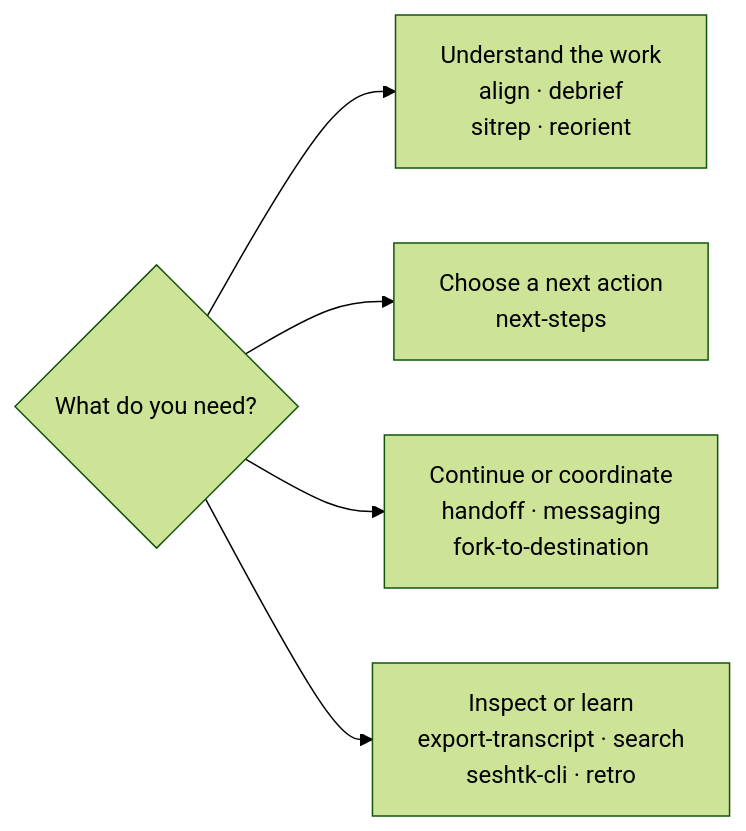
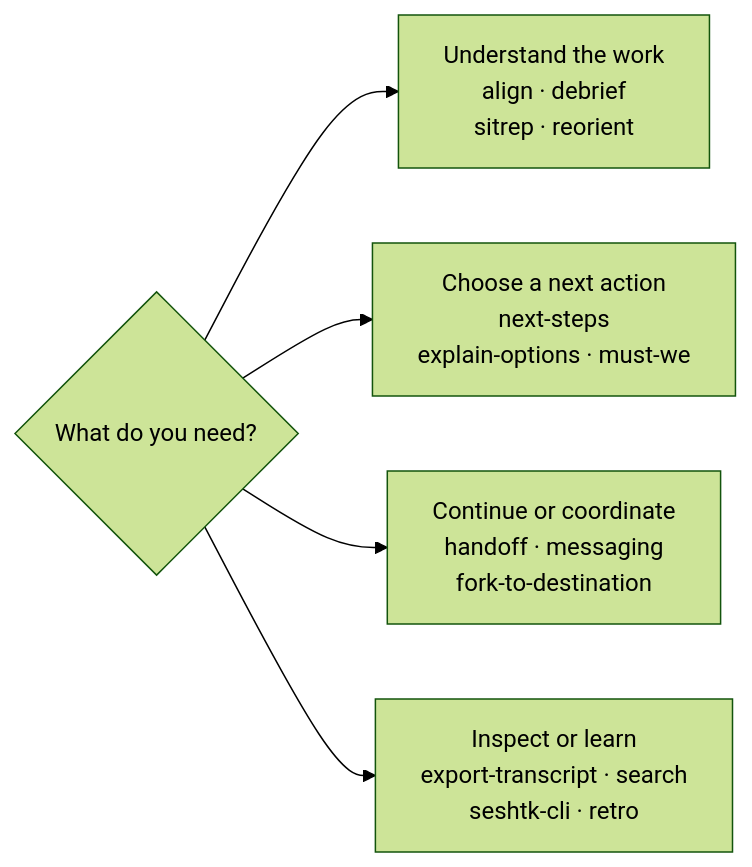
One commit to tkstang/skills changed the diagram in documentation/docs/user-guide/plugins/session/index.md. Above: the diagram before and after it, drawn with Mermaid (forest theme). The commit also changed other lines of this file and 28 other files, not shown here.

````diff
--- a/documentation/docs/user-guide/plugins/session/index.md
+++ b/documentation/docs/user-guide/plugins/session/index.md
@@ -15,14 +15,14 @@
 ```mermaid
 flowchart LR
   accTitle: Choose a Session skill by intent
-  accDescr: Four independent choices group Session skills by need. Understand the work with align, debrief, sitrep, or reorient. Choose a next action with next-steps. Continue or coordinate with handoff, messaging, or fork-to-destination. Inspect or learn with export-transcript, search, seshtk-cli, or retro. The groups are choices, not workflow stages.
+  accDescr: Four independent choices group Session skills by need. Understand the work with align, debrief, sitrep, or reorient. Choose a next action with next-steps, understand offered choices with explain-options, or evaluate disputed requirements with must-we. Continue or coordinate with handoff, messaging, or fork-to-destination. Inspect or learn with export-transcript, search, seshtk-cli, or retro. The groups are choices, not workflow stages.
   Q{"What do you need?"}
   U["Understand the work<br/>align · debrief<br/>sitrep · reorient"]
-  N["Choose a next action<br/>next-steps"]
+  N["Choose a next action<br/>next-steps<br/>explain-options · must-we"]
   C["Continue or coordinate<br/>handoff · messaging<br/>fork-to-destination"]
   I["Inspect or learn<br/>export-transcript · search<br/>seshtk-cli · retro"]
   Q --> U
   Q --> N
   Q --> C
   Q --> I
 ```
````
